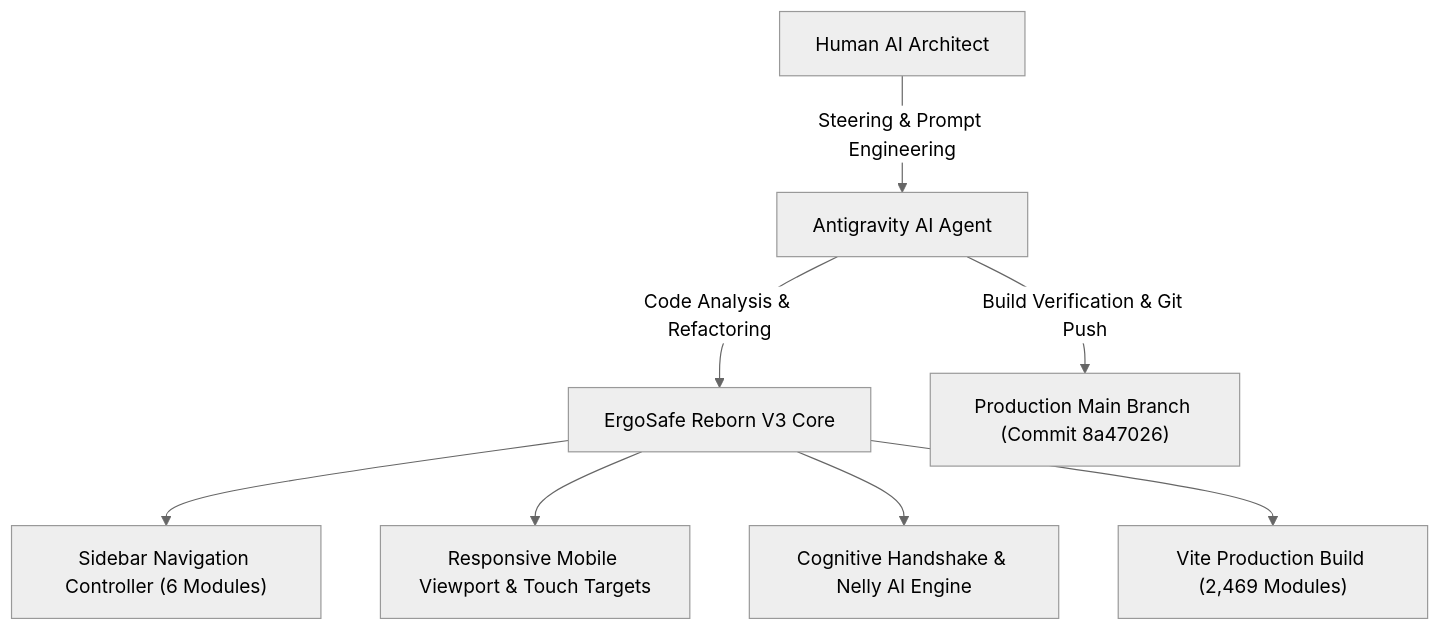
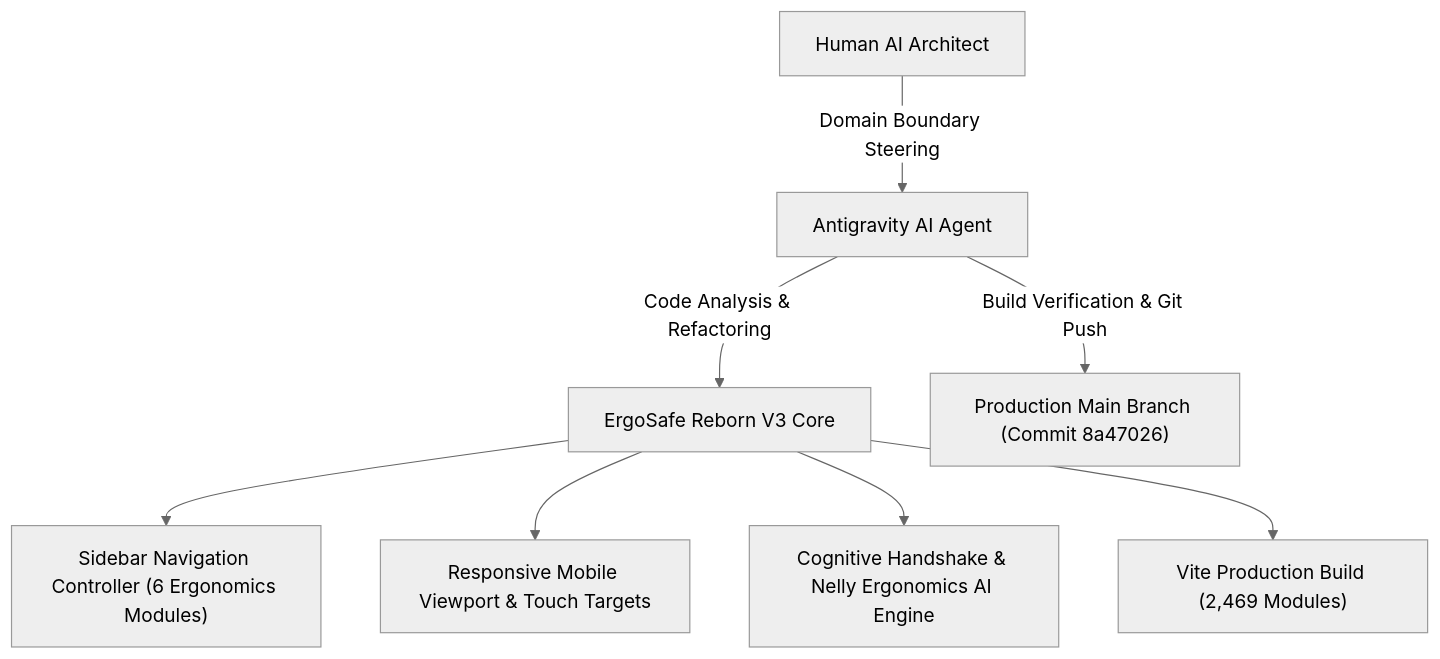
Before and after one commit to tharmen666/ergonomics-ai: the diagram in SHOWCASE_PROMPT_CHAIN.md, drawn with Mermaid (neutral theme). The commit also changed other lines of this file, not shown here.

Commit message:
docs: refine showcase file for Ergonomics AI focus and domain boundary clarity

````diff
--- a/SHOWCASE_PROMPT_CHAIN.md
+++ b/SHOWCASE_PROMPT_CHAIN.md
@@ -9,10 +13,10 @@
 ```mermaid
 graph TD
-    A["Human AI Architect"] -->|"Steering & Prompt Engineering"| B["Antigravity AI Agent"]
+    A["Human AI Architect"] -->|"Domain Boundary Steering"| B["Antigravity AI Agent"]
     B -->|"Code Analysis & Refactoring"| C["ErgoSafe Reborn V3 Core"]
-    C --> D["Sidebar Navigation Controller (6 Modules)"]
+    C --> D["Sidebar Navigation Controller (6 Ergonomics Modules)"]
     C --> E["Responsive Mobile Viewport & Touch Targets"]
-    C --> F["Cognitive Handshake & Nelly AI Engine"]
+    C --> F["Cognitive Handshake & Nelly Ergonomics AI Engine"]
     C --> G["Vite Production Build (2,469 Modules)"]
     B -->|"Build Verification & Git Push"| H["Production Main Branch (Commit 8a47026)"]
 ```
````
